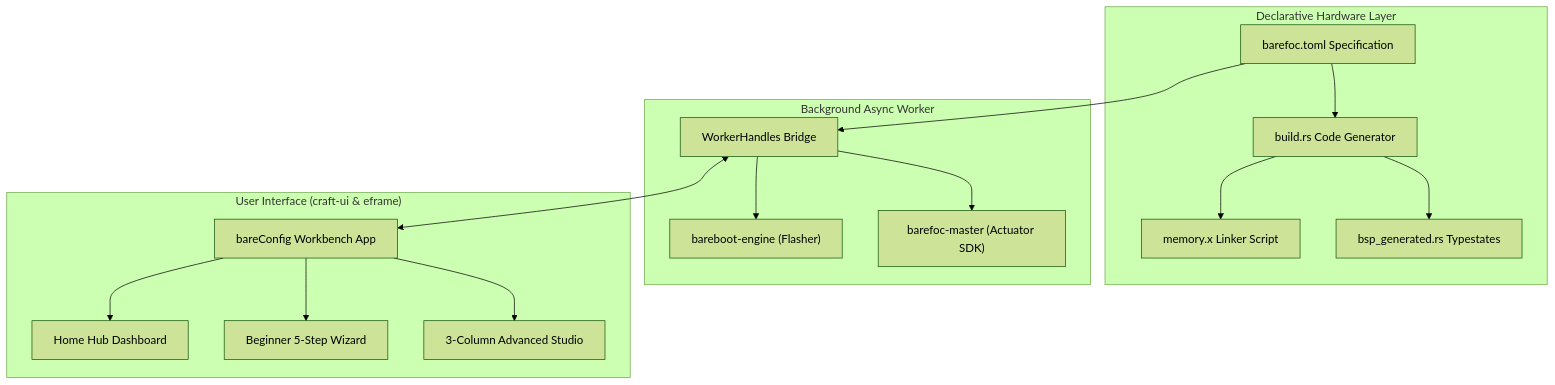
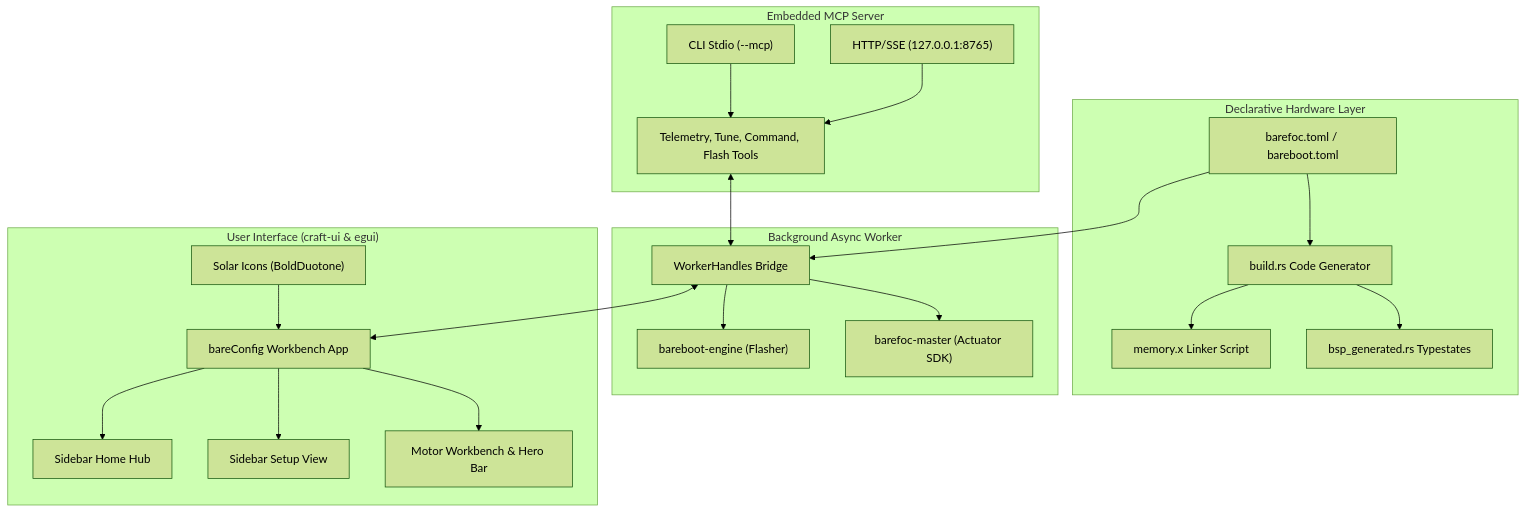
The diagram in docs/tools/bareconfig.md (bareFOC/barefoc.github.io), drawn with Mermaid (forest theme) before and after one commit. The commit also changed other lines of this file, not shown here.

Commit message:
docs(bareconfig): document Solar Icons, setup vs workbench, and MCP server

````diff
--- a/docs/tools/bareconfig.md
+++ b/docs/tools/bareconfig.md
@@ -18,33 +18,44 @@
 ```mermaid
 flowchart TD
     subgraph BSP ["Declarative Hardware Layer"]
-        TOML["barefoc.toml Specification"]
+        TOML["barefoc.toml / bareboot.toml"]
         BUILD["build.rs Code Generator"]
         MEM["memory.x Linker Script"]
         GEN["bsp_generated.rs Typestates"]
         TOML --> BUILD
         BUILD --> MEM
         BUILD --> GEN
     end
 
     subgraph ENGINE ["Background Async Worker"]
         WH["WorkerHandles Bridge"]
         BB["bareboot-engine (Flasher)"]
         BM["barefoc-master (Actuator SDK)"]
         WH --> BB
         WH --> BM
     end
 
-    subgraph UI ["User Interface (craft-ui & eframe)"]
+    subgraph UI ["User Interface (craft-ui & egui)"]
         APP["bareConfig Workbench App"]
-        HOME["Home Hub Dashboard"]
-        WIZ["Beginner 5-Step Wizard"]
-        STU["3-Column Advanced Studio"]
+        HOME["Sidebar Home Hub"]
+        SETUP["Sidebar Setup View"]
+        STUDIO["Motor Workbench & Hero Bar"]
+        ICONS["Solar Icons (BoldDuotone)"]
         APP --> HOME
-        APP --> WIZ
-        APP --> STU
+        APP --> SETUP
+        APP --> STUDIO
+        ICONS --> APP
+    end
+
+    subgraph AGENT ["Embedded MCP Server"]
+        MCP_STDIO["CLI Stdio (--mcp)"]
+        MCP_HTTP["HTTP/SSE (127.0.0.1:8765)"]
+        TOOLS["Telemetry, Tune, Command, Flash Tools"]
+        MCP_STDIO --> TOOLS
+        MCP_HTTP --> TOOLS
+        TOOLS <--> WH
     end
 
     TOML --> WH
     WH <--> APP
 ```
````
